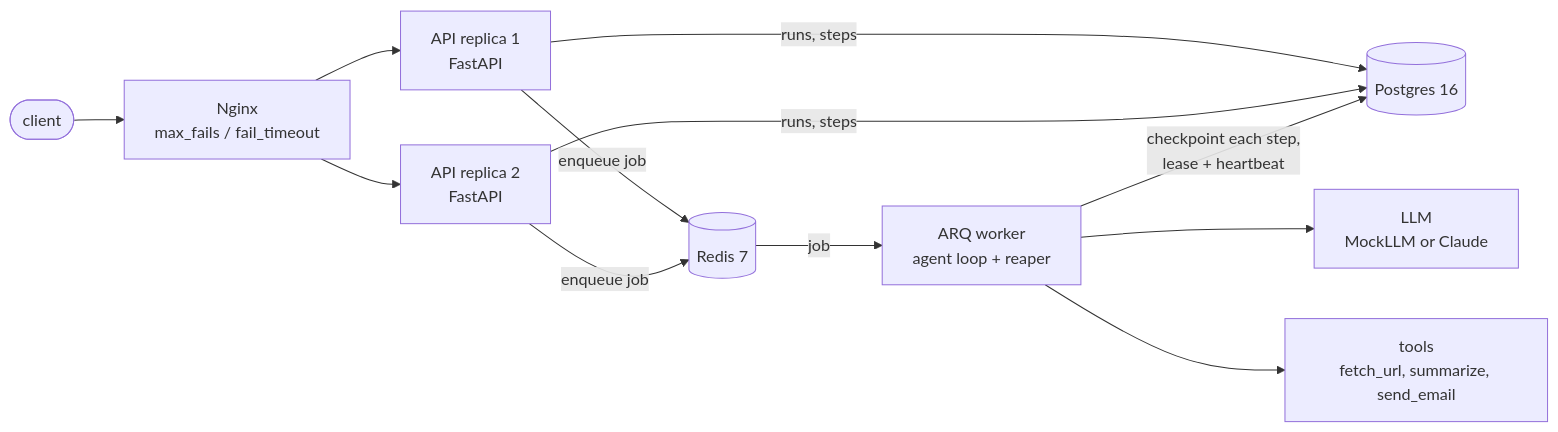
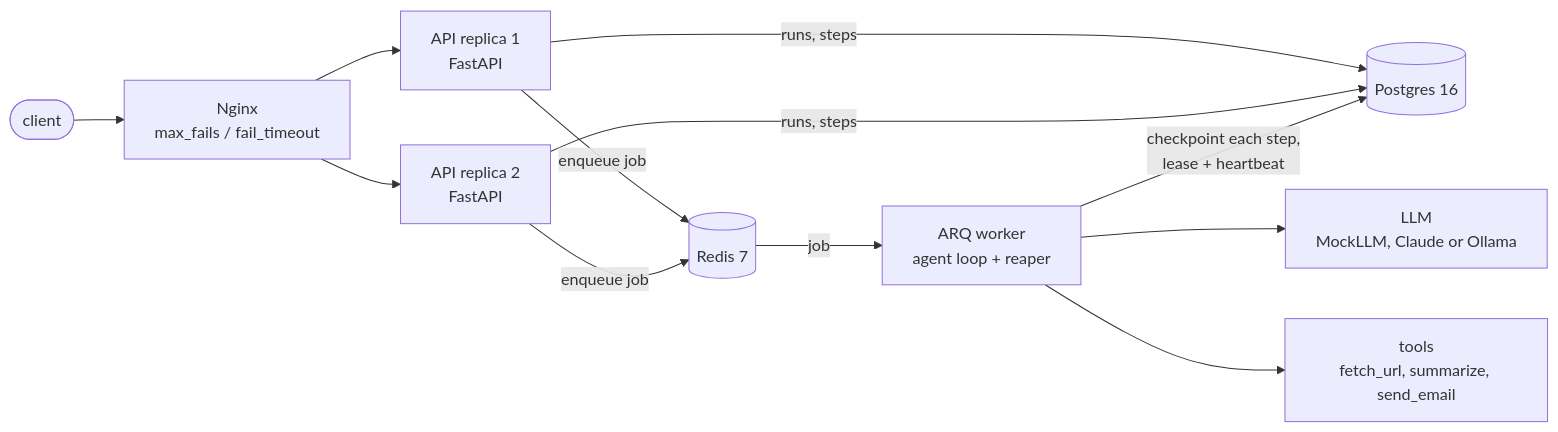
Before and after one commit to zeiado/resilient-agent-runner: the first of 2 diagrams in README.md, drawn with Mermaid. The commit also changed other lines of this file and 8 other files, not shown here.

Commit message:
Add Ollama compose profile and OpenAI-compatible LLM provider

````diff
--- a/README.md
+++ b/README.md
@@ -12,12 +12,12 @@
 ```mermaid
 flowchart LR
     client([client]) --> nginx[Nginx<br/>max_fails / fail_timeout]
     nginx --> api1[API replica 1<br/>FastAPI]
     nginx --> api2[API replica 2<br/>FastAPI]
     api1 & api2 -->|runs, steps| pg[(Postgres 16)]
     api1 & api2 -->|enqueue job| redis[(Redis 7)]
     redis -->|job| worker[ARQ worker<br/>agent loop + reaper]
     worker -->|checkpoint each step,<br/>lease + heartbeat| pg
-    worker --> llm[LLM<br/>MockLLM or Claude]
+    worker --> llm[LLM<br/>MockLLM, Claude or Ollama]
     worker --> tools[tools<br/>fetch_url, summarize, send_email]
 ```
````
